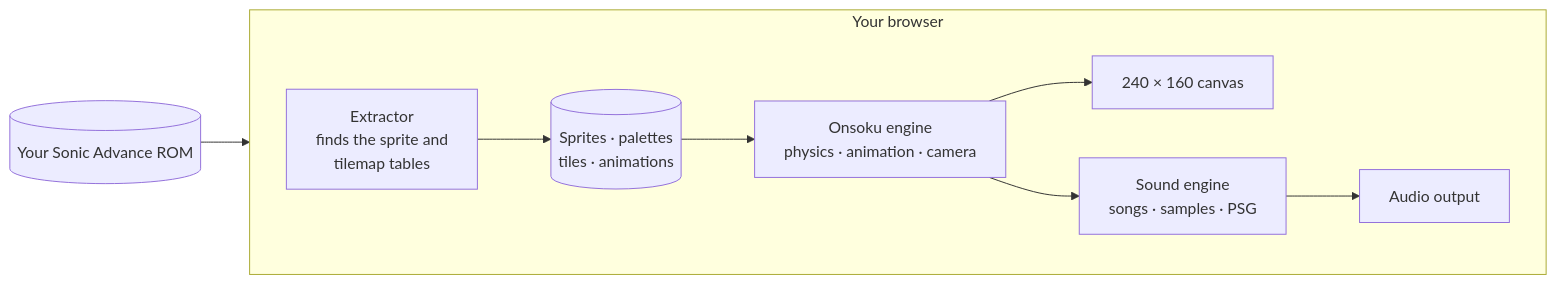
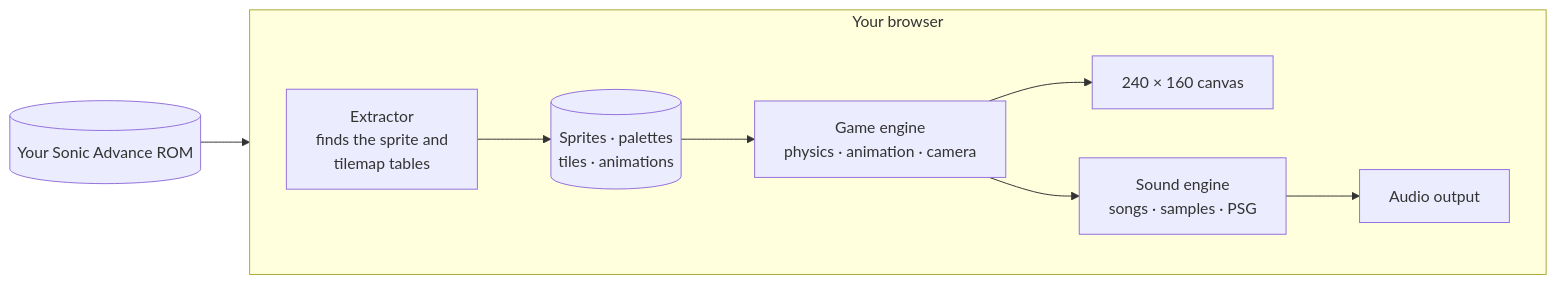
Before and after one commit to NahuelGenchi/onsoku-advance: the first of 2 diagrams in README.md, drawn with Mermaid. The commit also changed other lines of this file and 6 other files, not shown here.

````diff
--- a/README.md
+++ b/README.md
@@ -432,16 +432,16 @@
 ```mermaid
 flowchart LR
     rom[("Your Sonic Advance ROM")]
     subgraph browser["Your browser"]
         direction LR
         ext["Extractor<br/>finds the sprite and<br/>tilemap tables"]
         data[("Sprites · palettes<br/>tiles · animations")]
-        engine["Onsoku engine<br/>physics · animation · camera"]
+        engine["Game engine<br/>physics · animation · camera"]
         screen["240 × 160 canvas"]
         sound["Sound engine<br/>songs · samples · PSG"]
         speakers["Audio output"]
         ext --> data --> engine --> screen
         engine --> sound --> speakers
     end
     rom --> ext
 ```
````
